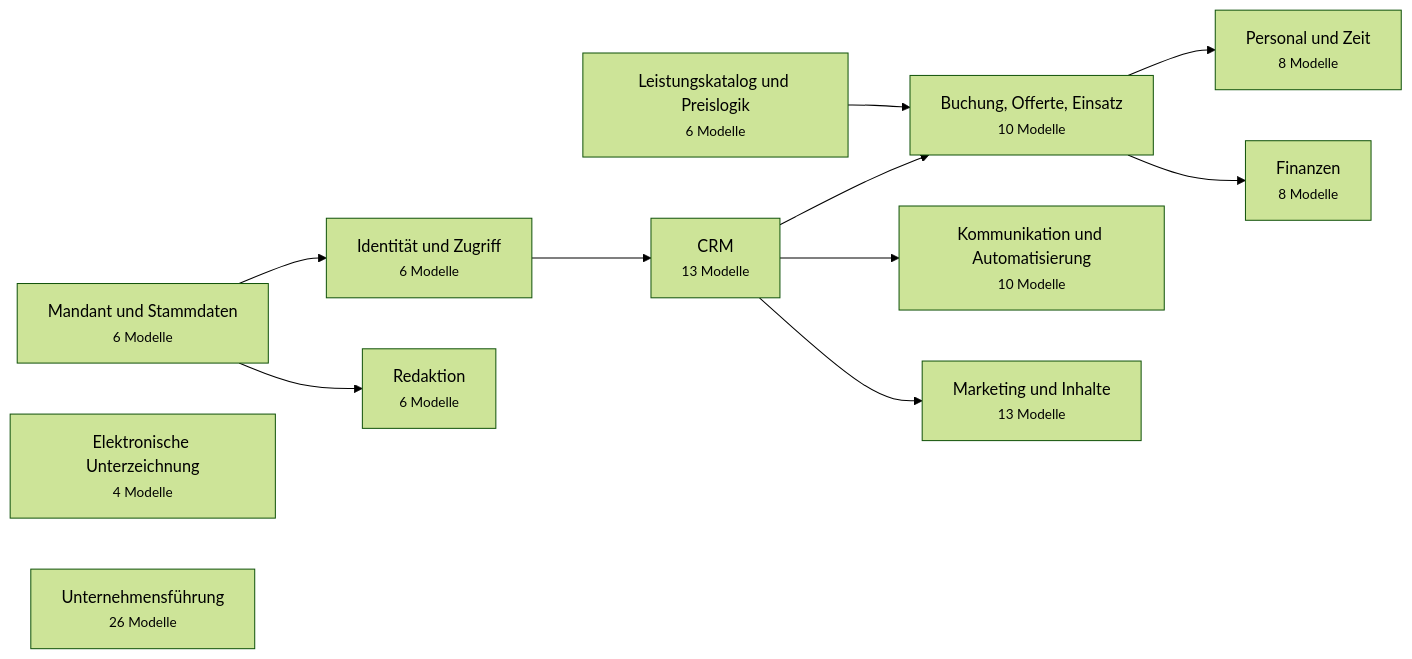
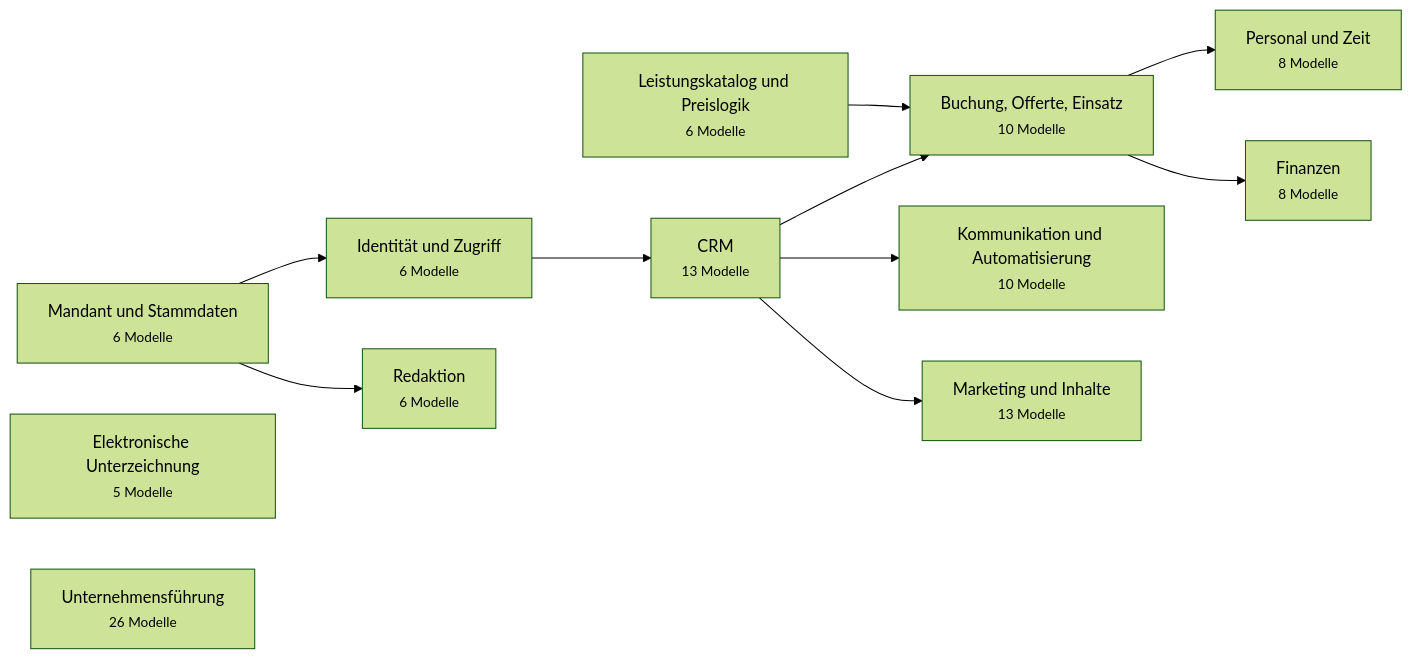
The first of 13 diagrams in docs/DATABASE.md (javadqasemi/Clenaris), drawn with Mermaid (forest theme) before and after one commit. The commit also changed other lines of this file and 36 other files, not shown here.

````diff
--- a/docs/DATABASE.md
+++ b/docs/DATABASE.md
@@ -36,24 +36,24 @@
 ```mermaid
 flowchart LR
   stammdaten["Mandant und Stammdaten<br/><small>6 Modelle</small>"]
   identitaet["Identität und Zugriff<br/><small>6 Modelle</small>"]
-  signatur["Elektronische Unterzeichnung<br/><small>4 Modelle</small>"]
+  signatur["Elektronische Unterzeichnung<br/><small>5 Modelle</small>"]
   crm["CRM<br/><small>13 Modelle</small>"]
   katalog["Leistungskatalog und Preislogik<br/><small>6 Modelle</small>"]
   auftrag["Buchung, Offerte, Einsatz<br/><small>10 Modelle</small>"]
   personal["Personal und Zeit<br/><small>8 Modelle</small>"]
   finanzen["Finanzen<br/><small>8 Modelle</small>"]
   kommunikation["Kommunikation und Automatisierung<br/><small>10 Modelle</small>"]
   marketing["Marketing und Inhalte<br/><small>13 Modelle</small>"]
   redaktion["Redaktion<br/><small>6 Modelle</small>"]
   fuehrung["Unternehmensführung<br/><small>26 Modelle</small>"]
   stammdaten --> identitaet
   identitaet --> crm
   crm --> auftrag
   katalog --> auftrag
   auftrag --> personal
   auftrag --> finanzen
   crm --> kommunikation
   crm --> marketing
   stammdaten --> redaktion
 ```
````
